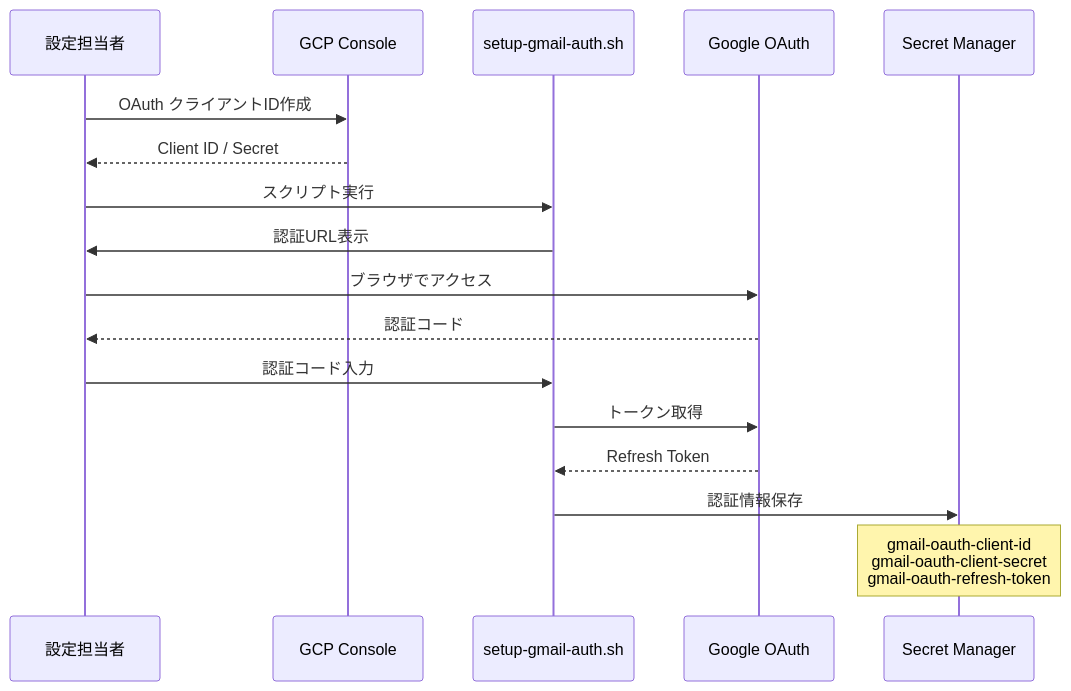
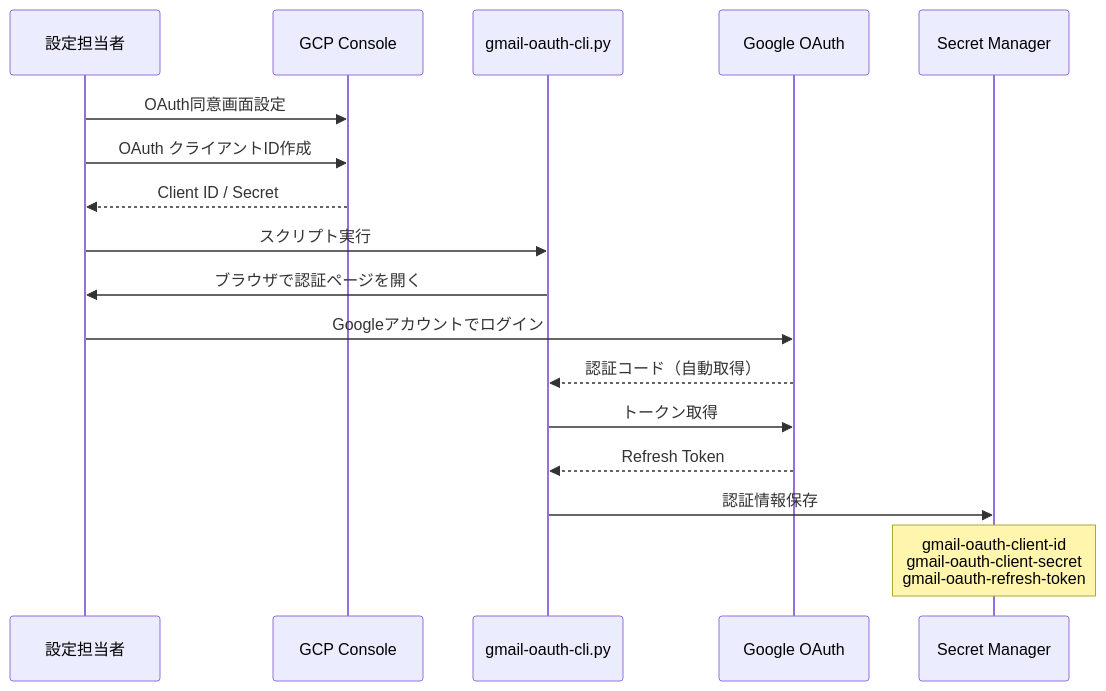
One commit to yasushi-honda/doc-split changed the fourth of 4 diagrams in docs/deployment-flow.md. Above: the diagram before and after it, drawn with Mermaid. The commit also changed other lines of this file and 2 other files, not shown here.

````diff
--- a/docs/deployment-flow.md
+++ b/docs/deployment-flow.md
@@ -132,23 +186,23 @@
 ```mermaid
 sequenceDiagram
     participant Admin as 設定担当者
     participant GCP as GCP Console
-    participant Script as setup-gmail-auth.sh
+    participant Script as gmail-oauth-cli.py
     participant Google as Google OAuth
     participant Secret as Secret Manager
 
+    Admin->>GCP: OAuth同意画面設定
     Admin->>GCP: OAuth クライアントID作成
     GCP-->>Admin: Client ID / Secret
 
     Admin->>Script: スクリプト実行
-    Script->>Admin: 認証URL表示
-    Admin->>Google: ブラウザでアクセス
-    Google-->>Admin: 認証コード
+    Script->>Admin: ブラウザで認証ページを開く
+    Admin->>Google: Googleアカウントでログイン
+    Google-->>Script: 認証コード（自動取得）
 
-    Admin->>Script: 認証コード入力
     Script->>Google: トークン取得
     Google-->>Script: Refresh Token
 
     Script->>Secret: 認証情報保存
     Note over Secret: gmail-oauth-client-id<br/>gmail-oauth-client-secret<br/>gmail-oauth-refresh-token
 ```
````
